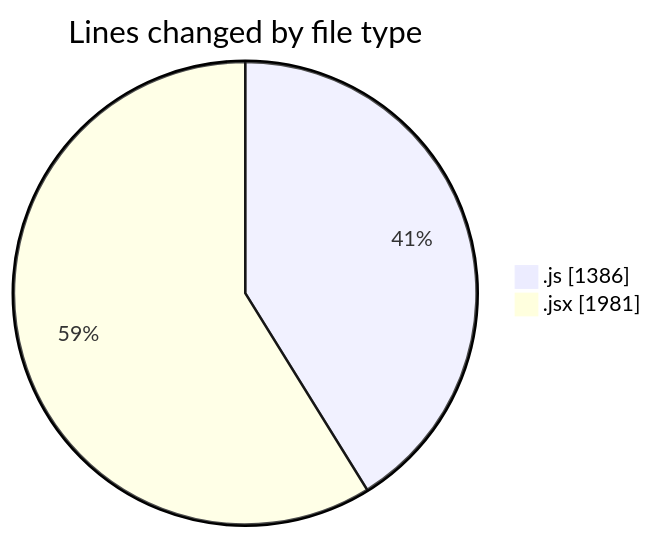
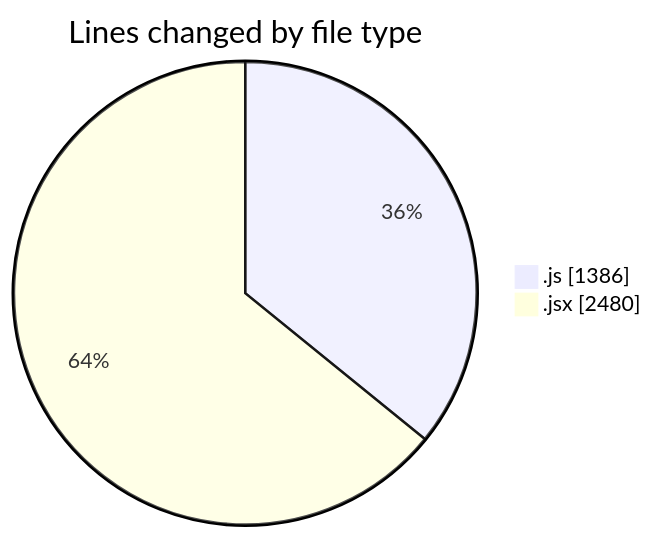
One commit to nxtqubesakshisongat/code-tracking changed the first of 2 diagrams in 2025-07-29/nxtqube_webapp/README.md. Above: the diagram before and after it, drawn with Mermaid. The commit also changed other lines of this file and 1 other file, not shown here.

````diff
--- a/2025-07-29/nxtqube_webapp/README.md
+++ b/2025-07-29/nxtqube_webapp/README.md
@@ -29,6 +30,6 @@
 ```mermaid
 pie showData
 title Lines changed by file type
 ".js" : 1386
-".jsx" : 1981
+".jsx" : 2480
 ```
````
